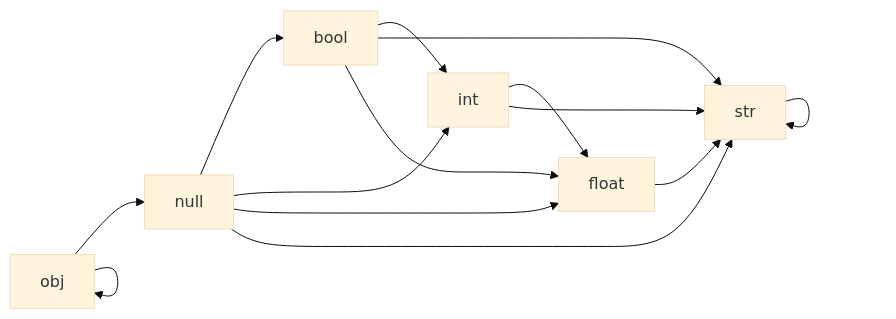
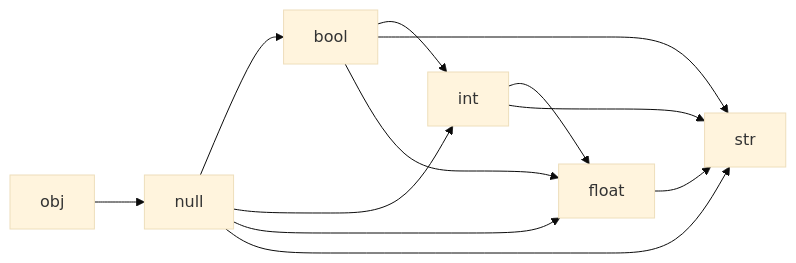
One commit to PanieriLorenzo/dynamic-esolang changed the diagram in README.md. Above: the diagram before and after it, drawn with Mermaid (base theme).

````diff
--- a/README.md
+++ b/README.md
@@ -166,13 +166,11 @@
 ```mermaid
 graph LR
 
 null --> bool --> int --> float --> str
 null --> int --> str
 null --> float
 null --> str
 bool --> str
 bool --> float
-str --> str
 obj --> null
-obj --> obj
 ```
````
